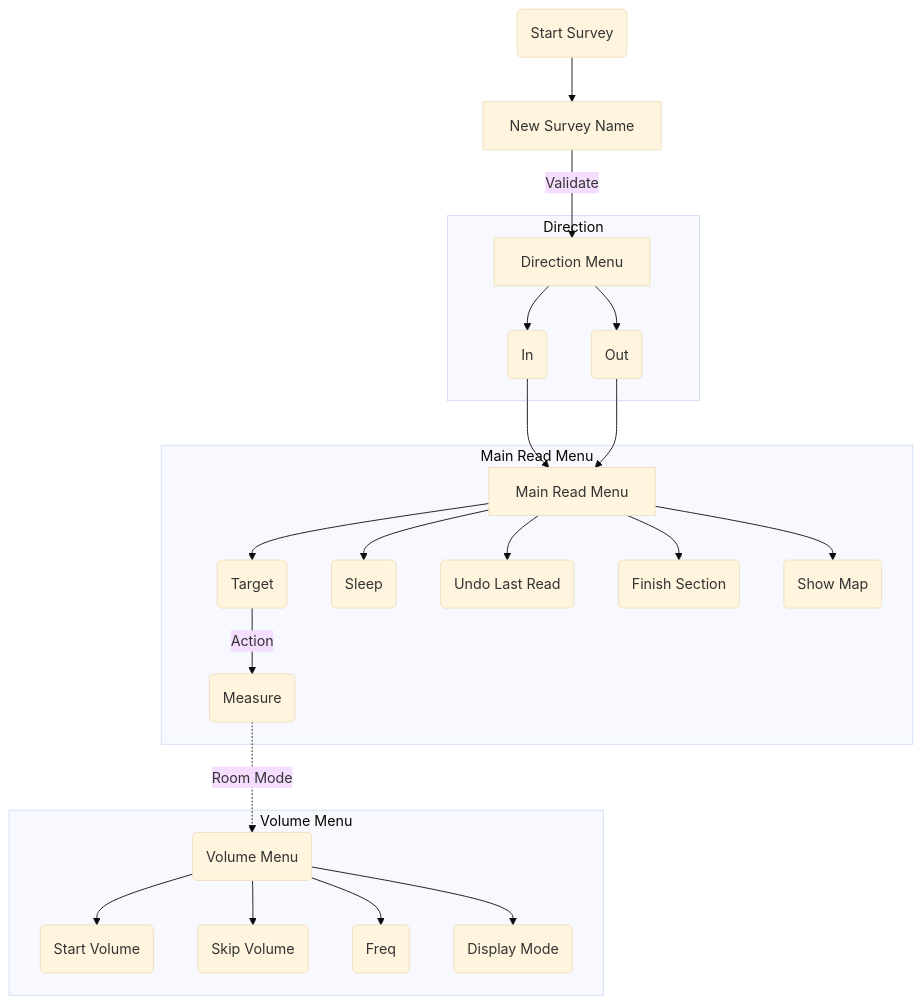
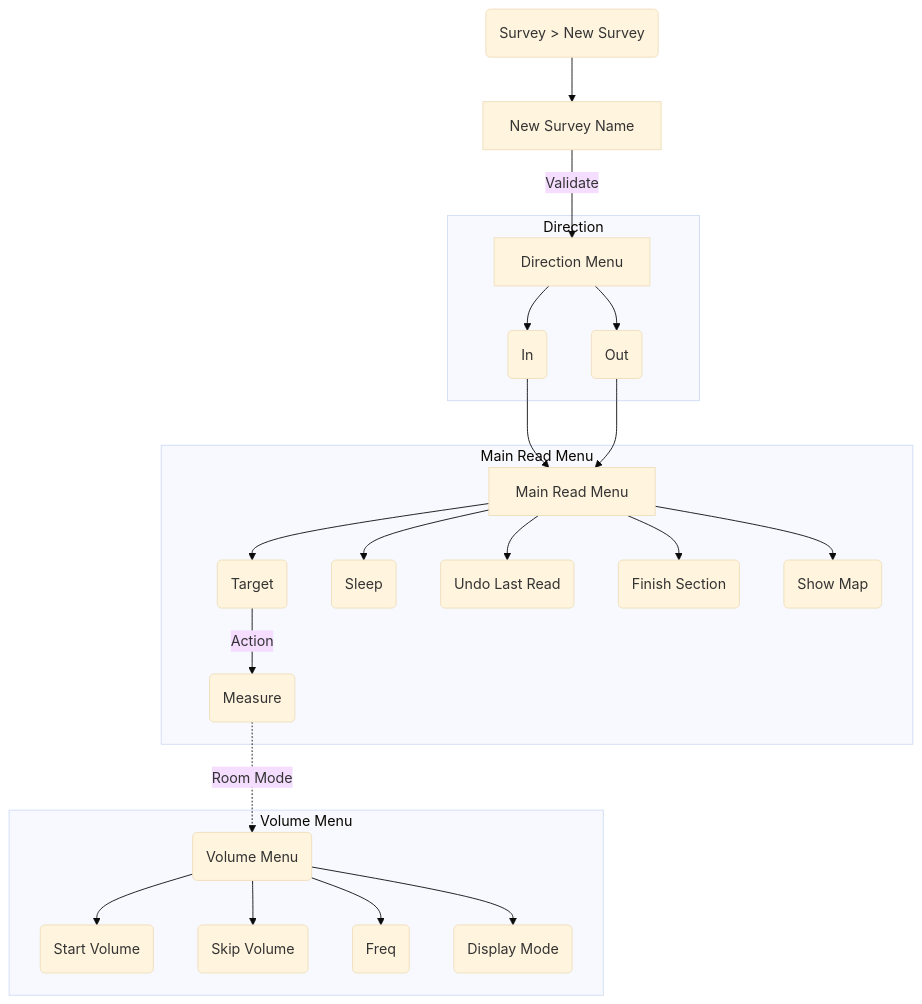
Before and after one commit to SebKister/JedEye-Documentation: the diagram in website/docs/Survey-Flow.md, drawn with Mermaid (base theme). The commit also changed 8 other files, not shown here.

````diff
--- a/website/docs/Survey-Flow.md
+++ b/website/docs/Survey-Flow.md
@@ -5,31 +5,31 @@
 ```mermaid
 graph TD
-    Start(Start Survey) --> NewSurvey[New Survey Name]
+    Start("Survey > New Survey") --> NewSurvey[New Survey Name]
     NewSurvey -->|Validate| DirMenu[Direction Menu]
     
     subgraph Direction
         DirMenu --> InSurvey(In)
         DirMenu --> OutSurvey(Out)
     end
     
     InSurvey --> MainRead[Main Read Menu]
     OutSurvey --> MainRead
     
     subgraph ReadMenu [Main Read Menu]
         MainRead --> Target(Target)
         MainRead --> Sleep(Sleep)
         MainRead --> Undo(Undo Last Read)
         MainRead --> EndSection(Finish Section)
         MainRead --> ShowMap(Show Map)
         
         Target -->|Action| Measure(Measure)
     end
     
     subgraph VolumeMenu [Volume Menu]
         Measure -.->|Room Mode| Volume(Volume Menu)
         Volume --> StartVol(Start Volume)
         Volume --> SkipVol(Skip Volume)
         Volume --> Freq(Freq)
         Volume --> DispMode(Display Mode)
     end
 ```
````
